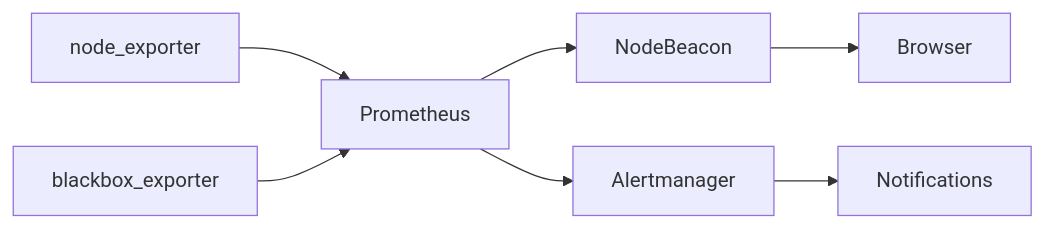
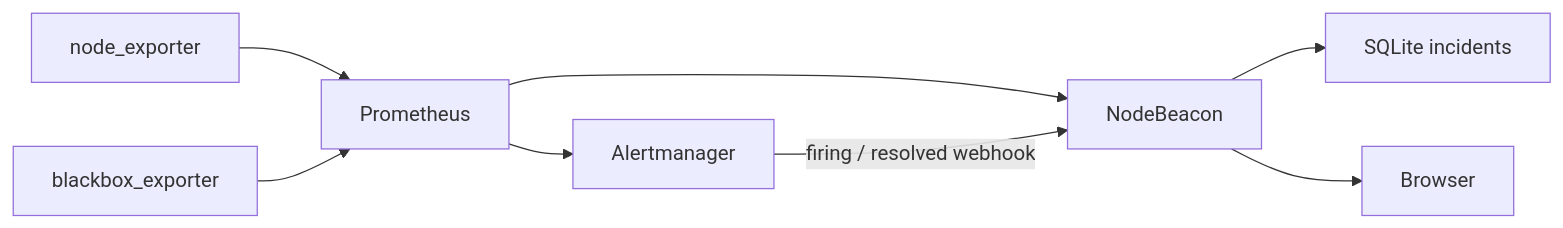
The first of 2 diagrams in README.md (xljya/NodeBeacon), drawn with Mermaid before and after one commit. The commit also changed other lines of this file and 32 other files, not shown here.

````diff
--- a/README.md
+++ b/README.md
@@ -30,17 +32,18 @@
 ```mermaid
 flowchart LR
     ne["node_exporter"]
     bb["blackbox_exporter"]
     prom["Prometheus"]
     am["Alertmanager"]
     nb["NodeBeacon"]
     ui["Browser"]
-    notify["Notifications"]
+    incidents["SQLite incidents"]
 
     ne --> prom
     bb --> prom
     prom --> nb
     prom --> am
-    am --> notify
+    am -->|"firing / resolved webhook"| nb
+    nb --> incidents
     nb --> ui
 ```
````
